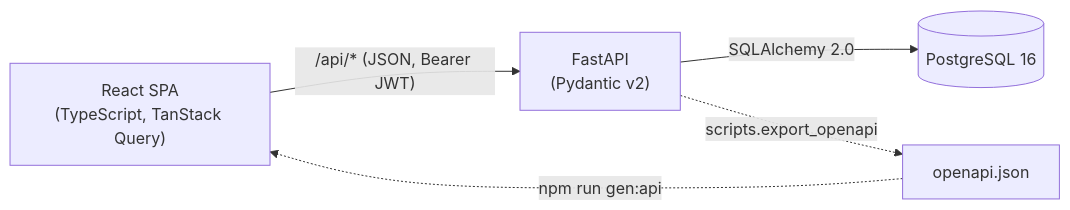
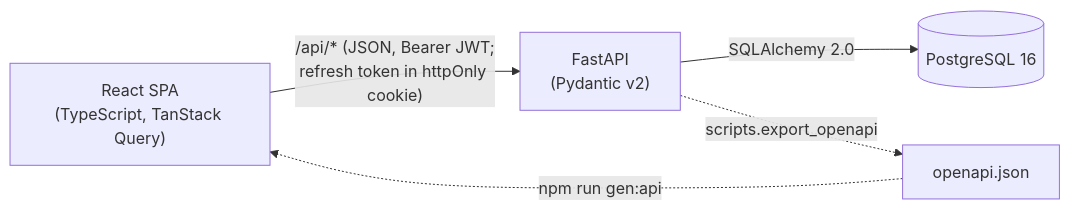
One commit to haydenho08/studyflow changed the diagram in README.md. Above: the diagram before and after it, drawn with Mermaid. The commit also changed other lines of this file and 30 other files, not shown here.

First line of the commit message:
Safer login: in-memory access tokens, a rotating refresh token in an httpOnly cookie

````diff
--- a/README.md
+++ b/README.md
@@ -48,7 +49,7 @@
 ```mermaid
 flowchart LR
-    B["React SPA<br/>(TypeScript, TanStack Query)"] -- "/api/* (JSON, Bearer JWT)" --> A["FastAPI<br/>(Pydantic v2)"]
+    B["React SPA<br/>(TypeScript, TanStack Query)"] -- "/api/* (JSON, Bearer JWT;<br/>refresh token in httpOnly cookie)" --> A["FastAPI<br/>(Pydantic v2)"]
     A -- "SQLAlchemy 2.0" --> D[("PostgreSQL 16")]
     O["openapi.json"] -. "npm run gen:api" .-> B
     A -. "scripts.export_openapi" .-> O
 ```
````
